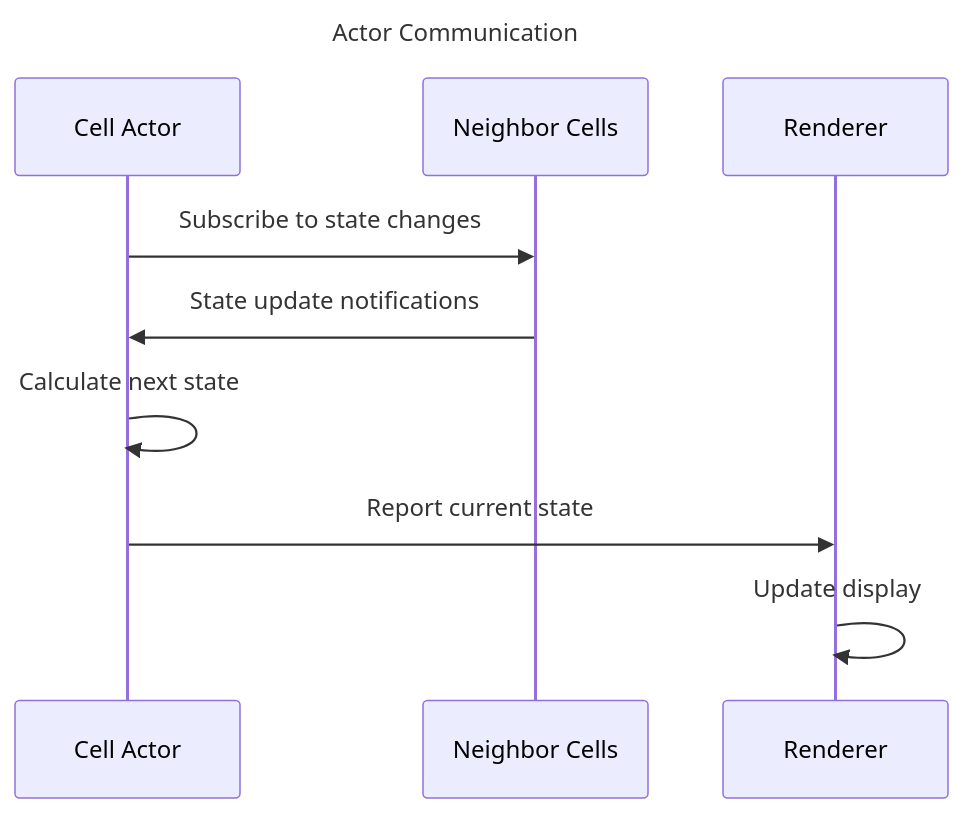
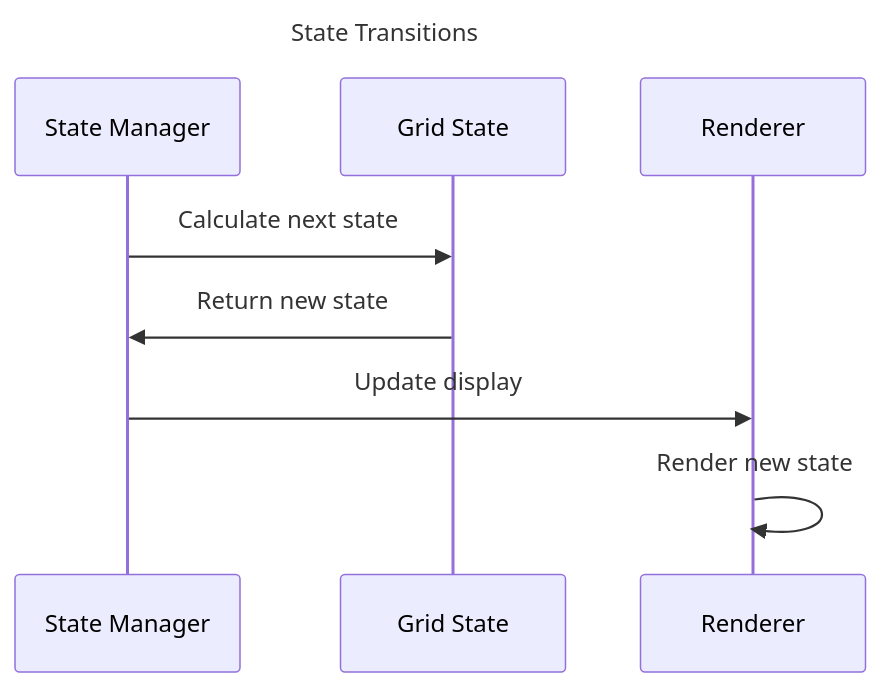
Before and after one commit to dewe/py-gol: the second of 2 diagrams in docs/requirements.md, drawn with Mermaid. The commit also changed other lines of this file and 1 other file, not shown here.

Commit message:
docs: update documentation to reflect pure functional architecture

````diff
--- a/docs/requirements.md
+++ b/docs/requirements.md
@@ -89,15 +88,14 @@
 ```mermaid
 ---
-title: Actor Communication
+title: State Transitions
 ---
 sequenceDiagram
-    participant C as Cell Actor
-    participant N as Neighbor Cells
+    participant S as State Manager
+    participant G as Grid State
     participant R as Renderer
     
-    C->>N: Subscribe to state changes
-    N->>C: State update notifications
-    C->>C: Calculate next state
-    C->>R: Report current state
-    R->>R: Update display
+    S->>G: Calculate next state
+    G->>S: Return new state
+    S->>R: Update display
+    R->>R: Render new state
 ```
````
